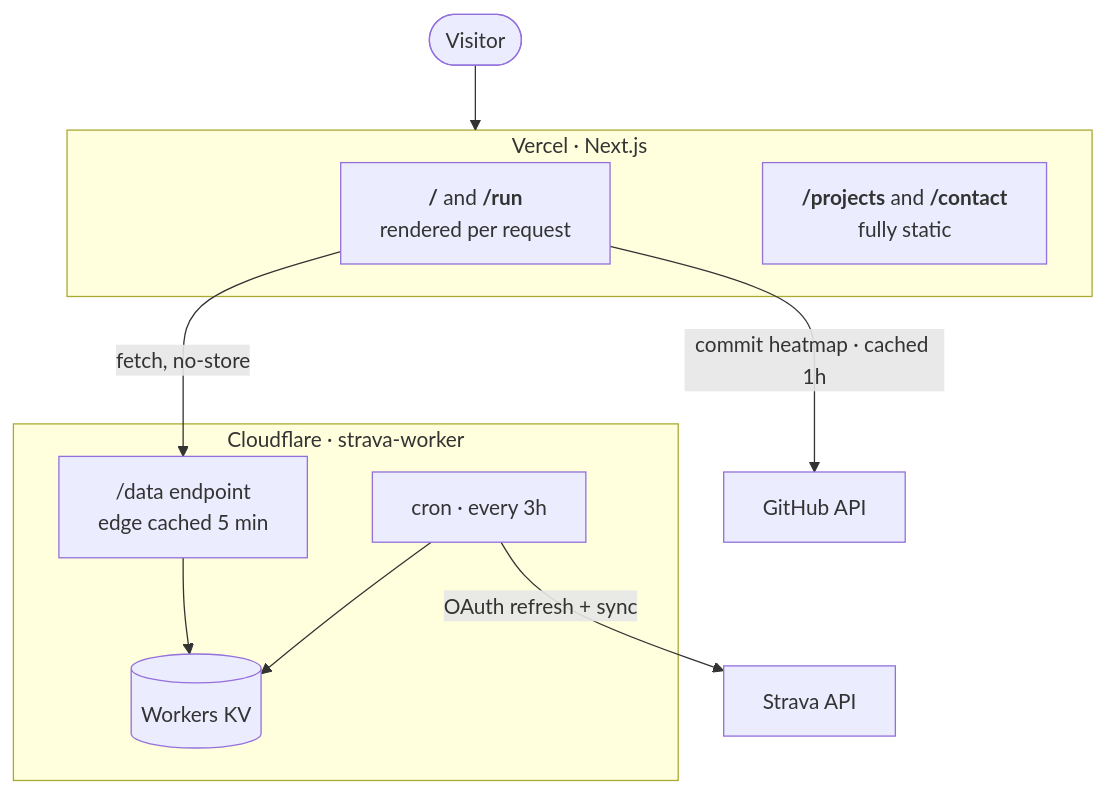
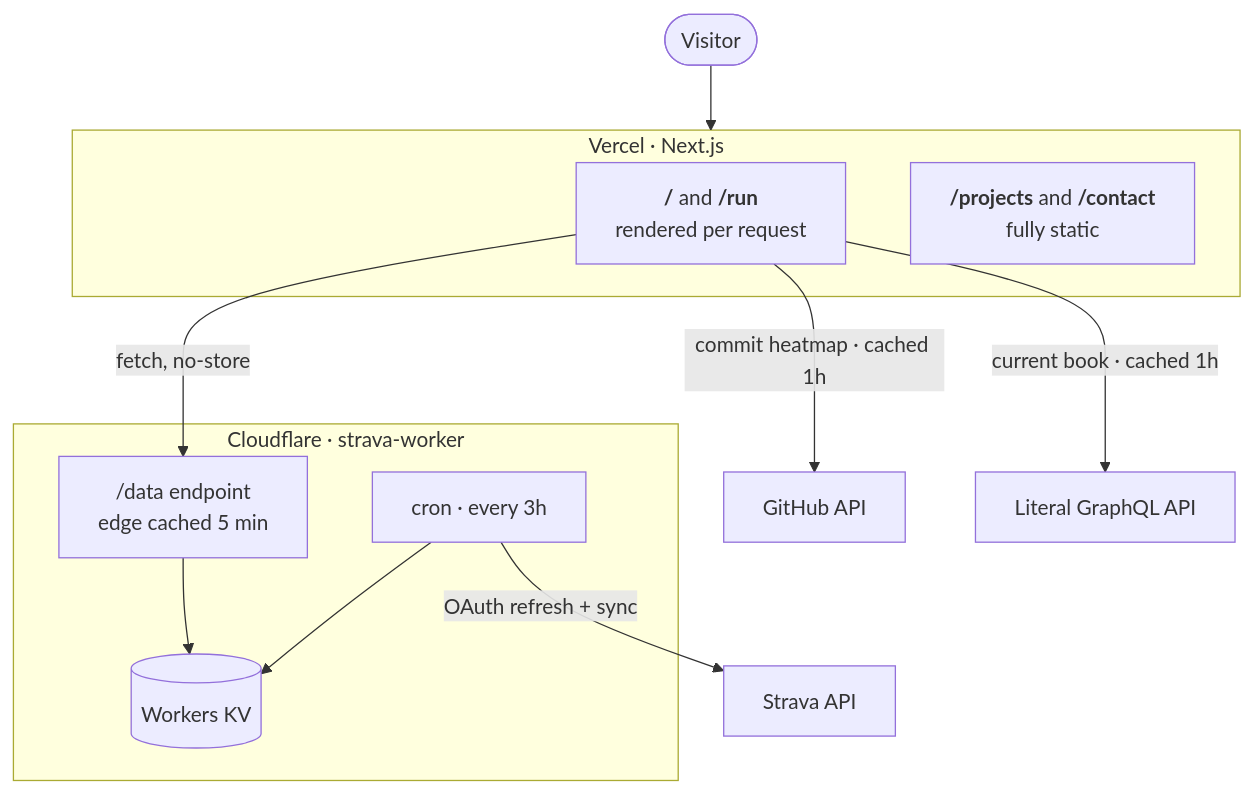
One commit to KodaAllison/portfolio-website changed the diagram in README.md. Above: the diagram before and after it, drawn with Mermaid. The commit also changed other lines of this file and 6 other files, not shown here.

````diff
--- a/README.md
+++ b/README.md
@@ -11,25 +11,27 @@
 ```mermaid
 flowchart TB
     visitor([Visitor])
 
     subgraph vercel [Vercel · Next.js]
         dynamic["<b>/</b> and <b>/run</b><br/>rendered per request"]
         static["<b>/projects</b> and <b>/contact</b><br/>fully static"]
     end
 
     subgraph cf [Cloudflare · strava-worker]
         data["/data endpoint<br/>edge cached 5 min"]
         kv[("Workers KV")]
         cron["cron · every 3h"]
     end
 
     strava["Strava API"]
     github["GitHub API"]
+    literal["Literal GraphQL API"]
 
     visitor --> vercel
     dynamic -- "fetch, no-store" --> data
     dynamic -- "commit heatmap · cached 1h" --> github
+    dynamic -- "current book · cached 1h" --> literal
     data --> kv
     cron -- "OAuth refresh + sync" --> strava
     cron --> kv
 ```
````
